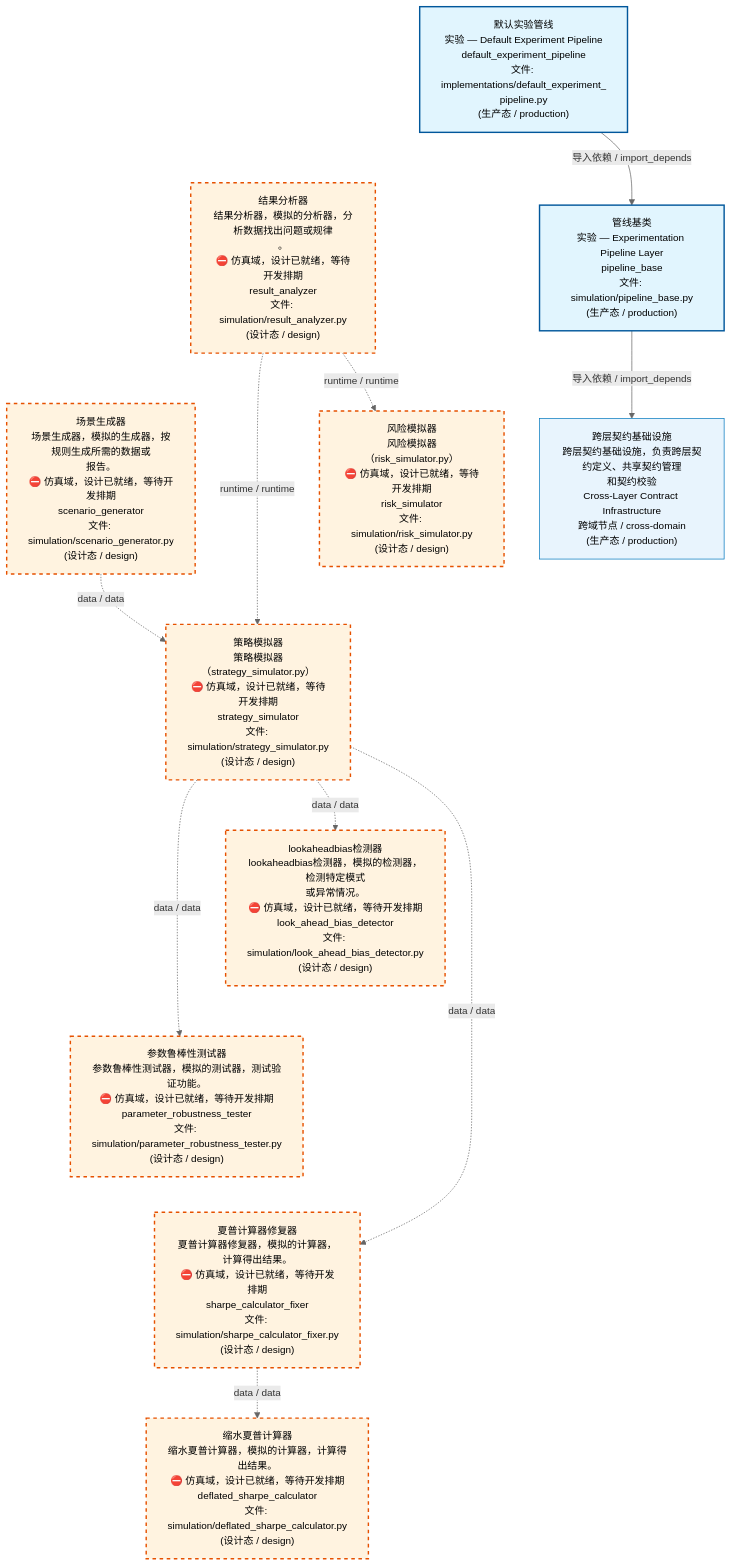
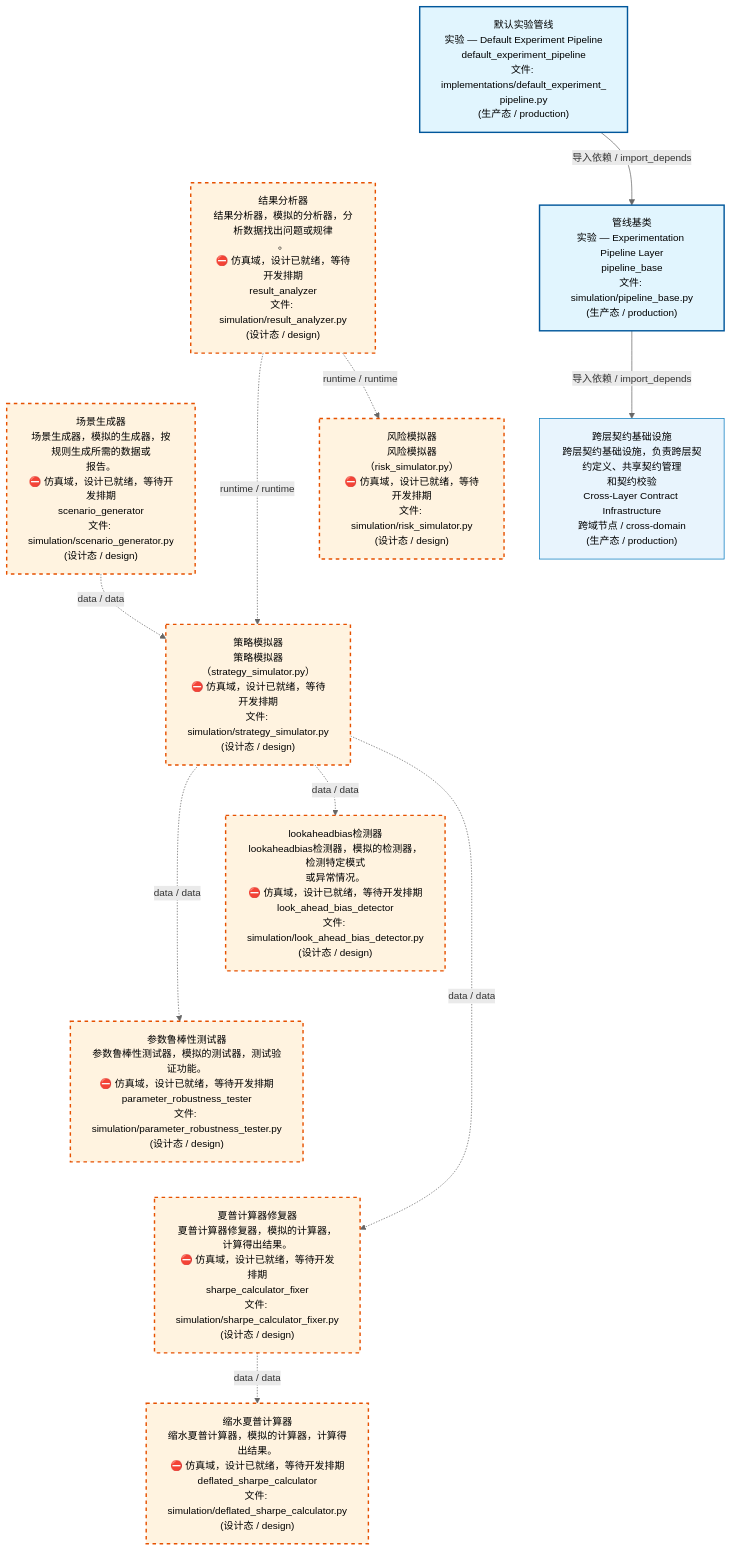
One commit to xuanFelixVan/ZephyrAlpha changed the first of 4 diagrams in docs/02_enterprise_architecture/02_domain_architecture_docs/70_d_simulation.md. Above: the diagram before and after it, drawn with Mermaid. The commit also changed other lines of this file and 60 other files, not shown here.

````diff
--- a/docs/02_enterprise_architecture/02_domain_architecture_docs/70_d_simulation.md
+++ b/docs/02_enterprise_architecture/02_domain_architecture_docs/70_d_simulation.md
@@ -53,37 +53,37 @@
 ```mermaid
 %%{init: {'theme': 'base', 'themeVariables': {'primaryColor': '#eaeaea', 'primaryTextColor': '#333333', 'primaryBorderColor': '#666666', 'lineColor': '#666666', 'secondaryColor': '#eaeaea', 'tertiaryColor': '#eaeaea', 'fontSize': '14px'}}}%%
 flowchart TD
     src_zephyr_simulation_implementations_default_experiment_pipeline_py["默认实验管线<br/>实验 — Default Experiment Pipeline<br/>default_experiment_pipeline<br/>文件: implementations/default_experiment_<br/>pipeline.py<br/>(生产态 / production)"]
     src_zephyr_simulation_result_analyzer_py["结果分析器<br/>结果分析器，模拟的分析器，分析数据找出问题或规律<br/>。<br/>⛔ 仿真域，设计已就绪，等待开发排期<br/>result_analyzer<br/>文件: simulation/result_analyzer.py<br/>(设计态 / design)"]
     src_zephyr_simulation_scenario_generator_py["场景生成器<br/>场景生成器，模拟的生成器，按规则生成所需的数据或<br/>报告。<br/>⛔ 仿真域，设计已就绪，等待开发排期<br/>scenario_generator<br/>文件: simulation/scenario_generator.py<br/>(设计态 / design)"]
     src_zephyr_simulation_implementations_default_experiment_pipeline_py ~~~ src_zephyr_simulation_result_analyzer_py
     src_zephyr_simulation_result_analyzer_py ~~~ src_zephyr_simulation_scenario_generator_py
     src_zephyr_simulation_pipeline_base_py["管线基类<br/>实验 — Experimentation Pipeline Layer<br/>pipeline_base<br/>文件: simulation/pipeline_base.py<br/>(生产态 / production)"]
-    src_zephyr_simulation_risk_simulator_py["风险模拟器<br/>风险模拟器（risk_simulator.py）<br/>⛔ 仿真域，设计已就绪，等待开发排期<br/>risk_simulator<br/>文件: simulation/risk_simulator.py<br/>(设计态 / design)"]
-    src_zephyr_simulation_strategy_simulator_py["策略模拟器<br/>策略模拟器（strategy_simulator.py）<br/>⛔ 仿真域，设计已就绪，等待开发排期<br/>strategy_simulator<br/>文件: simulation/strategy_simulator.py<br/>(设计态 / design)"]
+    src_zephyr_simulation_risk_simulator_py["风险模拟器<br/>风险模拟器（risk_simulator.py）<br/>⛔ 仿真域，设计已就绪，等待开发排期<br/>文件: simulation/risk_simulator.py<br/>(设计态 / design)"]
+    src_zephyr_simulation_strategy_simulator_py["策略模拟器<br/>策略模拟器（strategy_simulator.py）<br/>⛔ 仿真域，设计已就绪，等待开发排期<br/>文件: simulation/strategy_simulator.py<br/>(设计态 / design)"]
     src_zephyr_simulation_pipeline_base_py ~~~ src_zephyr_simulation_risk_simulator_py
     src_zephyr_simulation_risk_simulator_py ~~~ src_zephyr_simulation_strategy_simulator_py
     src_zephyr_simulation_look_ahead_bias_detector_py["lookaheadbias检测器<br/>lookaheadbias检测器，模拟的检测器，检测特定模式<br/>或异常情况。<br/>⛔ 仿真域，设计已就绪，等待开发排期<br/>look_ahead_bias_detector<br/>文件: simulation/look_ahead_bias_detector.py<br/>(设计态 / design)"]
     src_zephyr_simulation_parameter_robustness_tester_py["参数鲁棒性测试器<br/>参数鲁棒性测试器，模拟的测试器，测试验证功能。<br/>⛔ 仿真域，设计已就绪，等待开发排期<br/>parameter_robustness_tester<br/>文件: simulation/parameter_robustness_tester.py<br/>(设计态 / design)"]
     src_zephyr_simulation_sharpe_calculator_fixer_py["夏普计算器修复器<br/>夏普计算器修复器，模拟的计算器，计算得出结果。<br/>⛔ 仿真域，设计已就绪，等待开发排期<br/>sharpe_calculator_fixer<br/>文件: simulation/sharpe_calculator_fixer.py<br/>(设计态 / design)"]
     src_zephyr_simulation_look_ahead_bias_detector_py ~~~ src_zephyr_simulation_parameter_robustness_tester_py
     src_zephyr_simulation_parameter_robustness_tester_py ~~~ src_zephyr_simulation_sharpe_calculator_fixer_py
     src_zephyr_simulation_deflated_sharpe_calculator_py["缩水夏普计算器<br/>缩水夏普计算器，模拟的计算器，计算得出结果。<br/>⛔ 仿真域，设计已就绪，等待开发排期<br/>deflated_sharpe_calculator<br/>文件: simulation/deflated_sharpe_calculator.py<br/>(设计态 / design)"]
     src_zephyr_simulation_strategy_simulator_py -.->|data / data| src_zephyr_simulation_parameter_robustness_tester_py
     src_zephyr_simulation_strategy_simulator_py -.->|data / data| src_zephyr_simulation_look_ahead_bias_detector_py
     src_zephyr_simulation_strategy_simulator_py -.->|data / data| src_zephyr_simulation_sharpe_calculator_fixer_py
     src_zephyr_simulation_scenario_generator_py -.->|data / data| src_zephyr_simulation_strategy_simulator_py
     src_zephyr_simulation_result_analyzer_py -.->|runtime / runtime| src_zephyr_simulation_strategy_simulator_py
     src_zephyr_simulation_result_analyzer_py -.->|runtime / runtime| src_zephyr_simulation_risk_simulator_py
     src_zephyr_simulation_sharpe_calculator_fixer_py -.->|data / data| src_zephyr_simulation_deflated_sharpe_calculator_py
     src_zephyr_simulation_implementations_default_experiment_pipeline_py -->|导入依赖 / import_depends| src_zephyr_simulation_pipeline_base_py
     D_INFRASTRUCTURE["跨层契约基础设施<br/>跨层契约基础设施，负责跨层契约定义、共享契约管理<br/>和契约校验<br/>Cross-Layer Contract Infrastructure<br/>跨域节点 / cross-domain<br/>(生产态 / production)"]
     src_zephyr_simulation_pipeline_base_py -->|导入依赖 / import_depends| D_INFRASTRUCTURE
     classDef production fill:#e1f5fe,stroke:#01579b,stroke-width:2px,color:#000
     classDef design fill:#fff3e0,stroke:#e65100,stroke-width:2px,color:#000,stroke-dasharray: 5 5
     classDef external_prod fill:#e8f4fd,stroke:#0277bd,stroke-width:1px,color:#000
     classDef external_design fill:#fff8e7,stroke:#ef6c00,stroke-width:1px,color:#000,stroke-dasharray: 5 5
     class src_zephyr_simulation_implementations_default_experiment_pipeline_py,src_zephyr_simulation_pipeline_base_py production
     class src_zephyr_simulation_deflated_sharpe_calculator_py,src_zephyr_simulation_look_ahead_bias_detector_py,src_zephyr_simulation_parameter_robustness_tester_py,src_zephyr_simulation_result_analyzer_py,src_zephyr_simulation_risk_simulator_py,src_zephyr_simulation_scenario_generator_py,src_zephyr_simulation_sharpe_calculator_fixer_py,src_zephyr_simulation_strategy_simulator_py design
     class D_INFRASTRUCTURE external_prod
 ```
````
